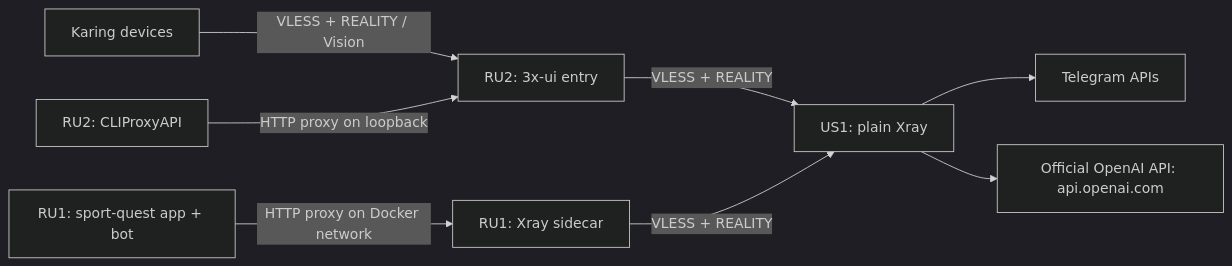
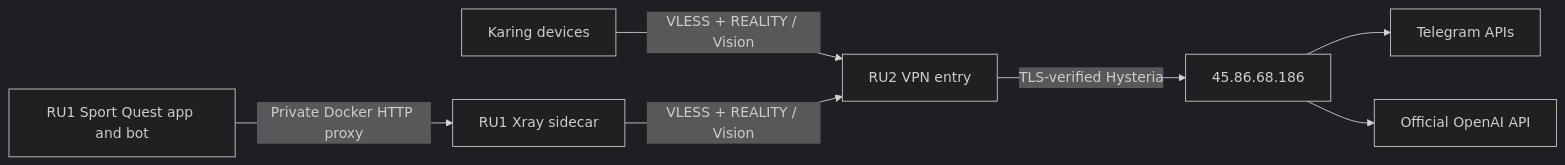
The diagram in docs/infra.md (roman-kutimskii/sport-quest), drawn with Mermaid (dark theme) before and after one commit. The commit also changed other lines of this file and 6 other files, not shown here.

Commit message:
Update Sport Quest diagnostics for the active VPN

````diff
--- a/docs/infra.md
+++ b/docs/infra.md
@@ -7,10 +7,9 @@
 ```mermaid
 flowchart LR
-    K[Karing devices] -->|VLESS + REALITY / Vision| R2[RU2: 3x-ui entry]
-    R2 -->|VLESS + REALITY| US[US1: plain Xray]
-    CLI[RU2: CLIProxyAPI] -->|HTTP proxy on loopback| R2
-    APP[RU1: sport-quest app + bot] -->|HTTP proxy on Docker network| SIDE[RU1: Xray sidecar]
-    SIDE -->|VLESS + REALITY| US
-    US --> TG[Telegram APIs]
-    US --> OAI[Official OpenAI API: api.openai.com]
+    K[Karing devices] -->|VLESS + REALITY / Vision| R2[RU2 VPN entry]
+    APP[RU1 Sport Quest app and bot] -->|Private Docker HTTP proxy| SIDE[RU1 Xray sidecar]
+    SIDE -->|VLESS + REALITY / Vision| R2
+    R2 -->|TLS-verified Hysteria| EXIT[45.86.68.186]
+    EXIT --> TG[Telegram APIs]
+    EXIT --> OAI[Official OpenAI API]
 ```
````
